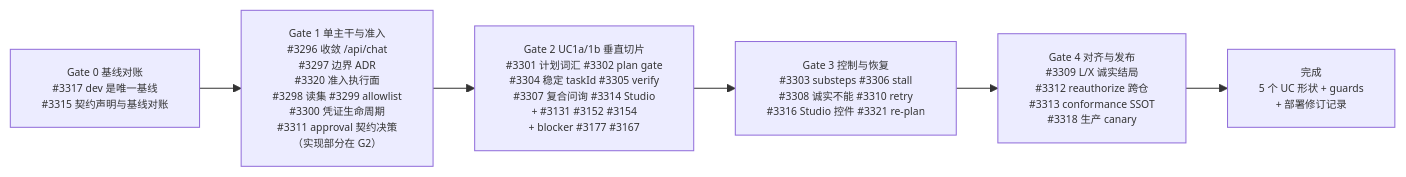
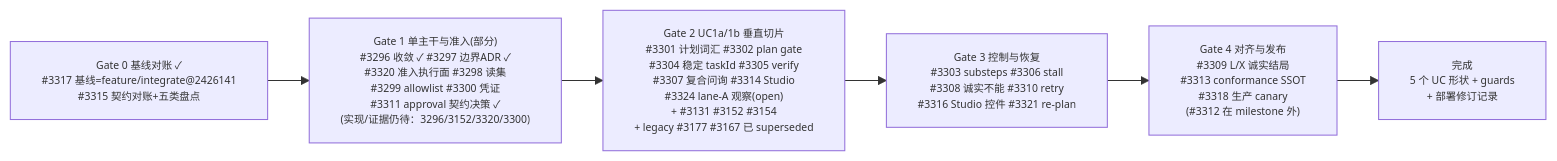
Before and after one commit to eanzhao-os/aevatar-review: the second of 3 diagrams in 07/05-milestone-40-nyxid-assistant-support-contract.md, drawn with Mermaid. The commit also changed other lines of this file and 1 other file, not shown here.

Commit message:
docs(07): milestone 40 专题更新至 2026-08-08 快照(22 closed/8 open, 基线改 feature/integrate, ADR-0048/49, #3324)

````diff
--- a/07/05-milestone-40-nyxid-assistant-support-contract.md
+++ b/07/05-milestone-40-nyxid-assistant-support-contract.md
@@ -84,11 +91,11 @@
 ```mermaid
 %%{init: {"maxTextSize": 100000, "flowchart": {"useMaxWidth": false, "nodeSpacing": 16, "rankSpacing": 40}, "themeVariables": {"fontSize": "10px"}}}%%
 flowchart LR
-    G0["Gate 0 基线对账<br/>#3317 dev 是唯一基线<br/>#3315 契约声明与基线对账"]
-    G1["Gate 1 单主干与准入<br/>#3296 收敛 /api/chat<br/>#3297 边界 ADR<br/>#3320 准入执行面<br/>#3298 读集 #3299 allowlist<br/>#3300 凭证生命周期<br/>#3311 approval 契约决策<br/>（实现部分在 G2）"]
-    G2["Gate 2 UC1a/1b 垂直切片<br/>#3301 计划词汇 #3302 plan gate<br/>#3304 稳定 taskId #3305 verify<br/>#3307 复合问询 #3314 Studio<br/>+ #3131 #3152 #3154<br/>+ blocker #3177 #3167"]
+    G0["Gate 0 基线对账 ✓<br/>#3317 基线=feature/integrate@2426141<br/>#3315 契约对账+五类盘点"]
+    G1["Gate 1 单主干与准入(部分)<br/>#3296 收敛 ✓ #3297 边界ADR ✓<br/>#3320 准入执行面 #3298 读集<br/>#3299 allowlist #3300 凭证<br/>#3311 approval 契约决策 ✓<br/>(实现/证据仍待：3296/3152/3320/3300)"]
+    G2["Gate 2 UC1a/1b 垂直切片<br/>#3301 计划词汇 #3302 plan gate<br/>#3304 稳定 taskId #3305 verify<br/>#3307 复合问询 #3314 Studio<br/>#3324 lane-A 观察(open)<br/>+ #3131 #3152 #3154<br/>+ legacy #3177 #3167 已 superseded"]
     G3["Gate 3 控制与恢复<br/>#3303 substeps #3306 stall<br/>#3308 诚实不能 #3310 retry<br/>#3316 Studio 控件 #3321 re-plan"]
-    G4["Gate 4 对齐与发布<br/>#3309 L/X 诚实结局<br/>#3312 reauthorize 跨仓<br/>#3313 conformance SSOT<br/>#3318 生产 canary"]
+    G4["Gate 4 对齐与发布<br/>#3309 L/X 诚实结局<br/>#3313 conformance SSOT<br/>#3318 生产 canary<br/>(#3312 在 milestone 外)"]
     R["完成<br/>5 个 UC 形状 + guards<br/>+ 部署修订记录"]
     G0 --> G1 --> G2 --> G3 --> G4 --> R
 ```
````
